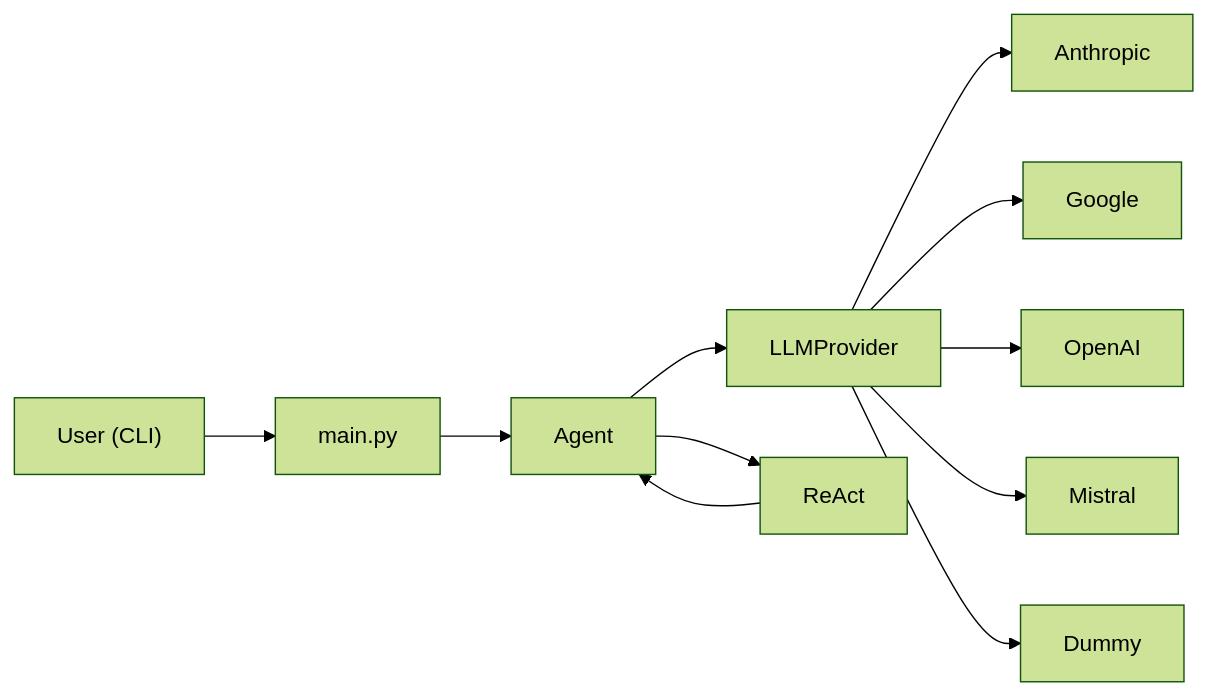
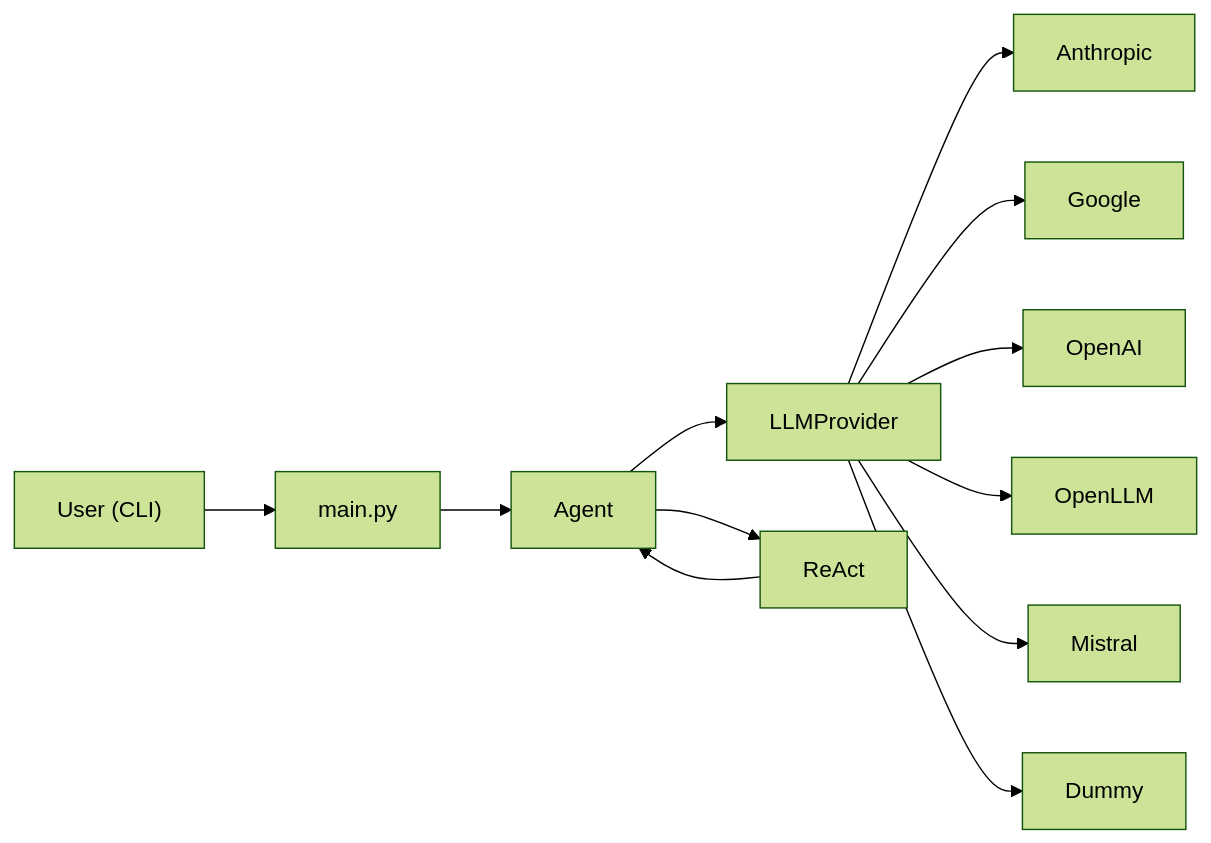
One commit to cl3m3nt/sunraise changed the diagram in README.md. Above: the diagram before and after it, drawn with Mermaid (forest theme). The commit also changed other lines of this file and 1 other file, not shown here.

````diff
--- a/README.md
+++ b/README.md
@@ -145,13 +167,14 @@
 ```mermaid
 flowchart LR
     User["User (CLI)"] --> Main["main.py"]
     Main --> Agent["Agent"]
     Agent --> LLM["LLMProvider"]
     Agent --> ReAct
     ReAct --> Agent
     LLM --> Anthropic
     LLM --> Google
     LLM --> OpenAI
+    LLM --> OpenLLM
     LLM --> Mistral
     LLM --> Dummy
 ```
````
